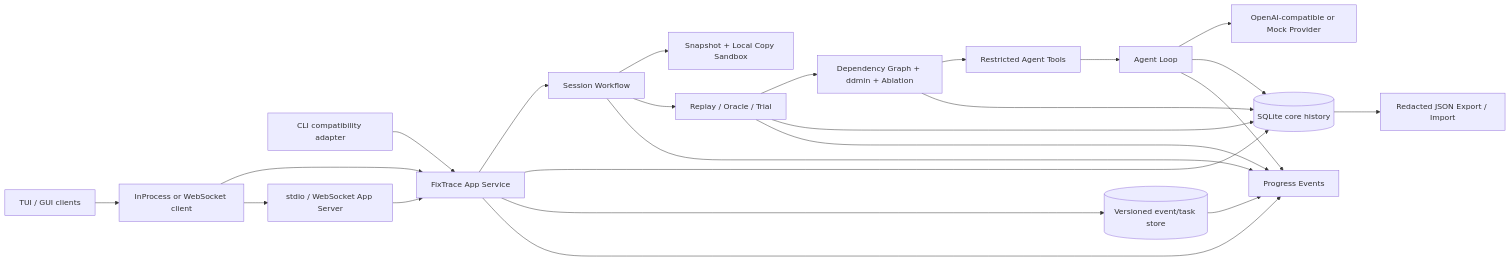
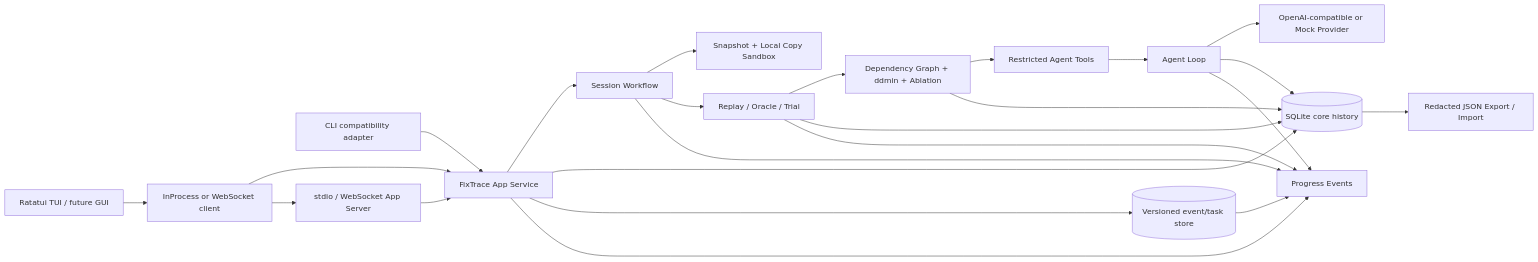
One commit to oooscarx/fix-trace changed the first of 2 diagrams in docs/architecture.md. Above: the diagram before and after it, drawn with Mermaid. The commit also changed other lines of this file and 27 other files, not shown here.

````diff
--- a/docs/architecture.md
+++ b/docs/architecture.md
@@ -5,26 +5,26 @@
 ```mermaid
 flowchart LR
     U[CLI compatibility adapter] --> AS[FixTrace App Service]
-    TUI[TUI / GUI clients] --> C[InProcess or WebSocket client]
+    TUI[Ratatui TUI / future GUI] --> C[InProcess or WebSocket client]
     C --> AS
     C --> SV[stdio / WebSocket App Server]
     SV --> AS
     AS --> W[Session Workflow]
     AS --> H[(SQLite core history)]
     AS --> ES[(Versioned event/task store)]
     AS --> E[Persisted event + live broadcast]
     W --> S[Snapshot + Local Copy Sandbox]
     W --> R[Replay / Oracle / Trial]
     R --> M[Dependency Graph + ddmin + Ablation]
     M --> T[Restricted Agent Tools]
     T --> A[Agent Loop]
     A --> P[OpenAI-compatible or Mock Provider]
     R --> H
     M --> H
     A --> H
     W --> E[Progress Events]
     R --> E
     A --> E
     H --> X[Redacted JSON Export / Import]
     ES --> E
 ```
````
